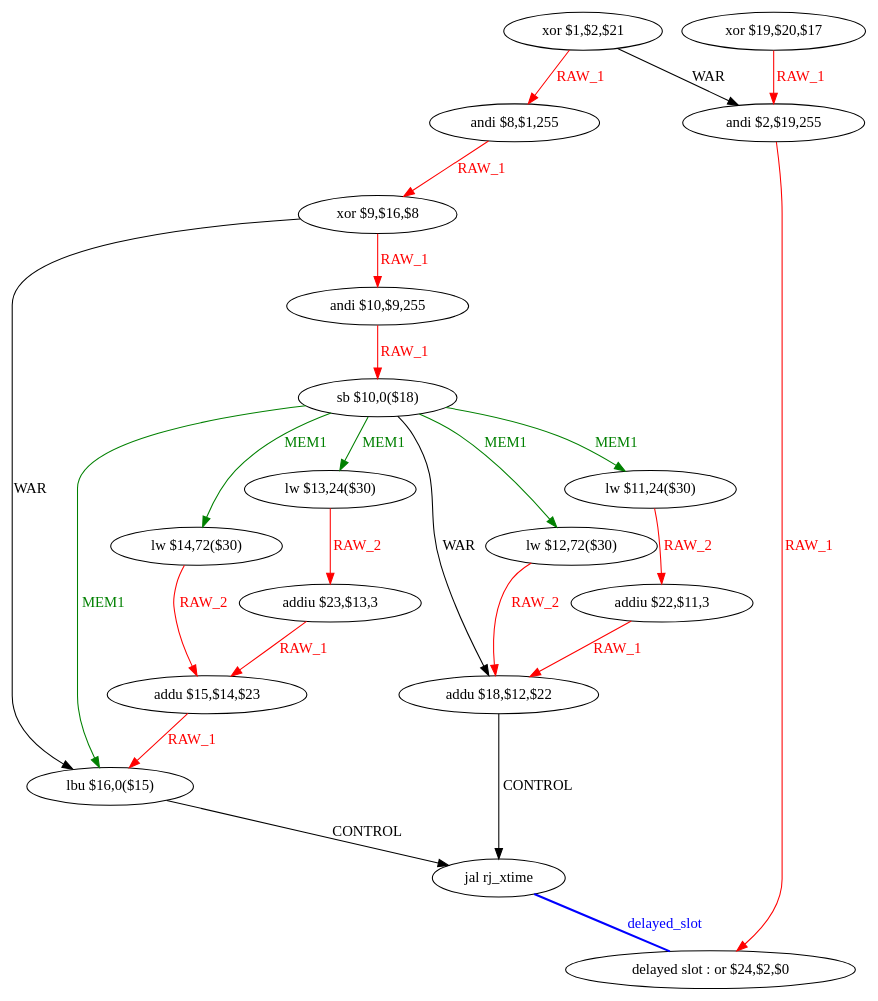
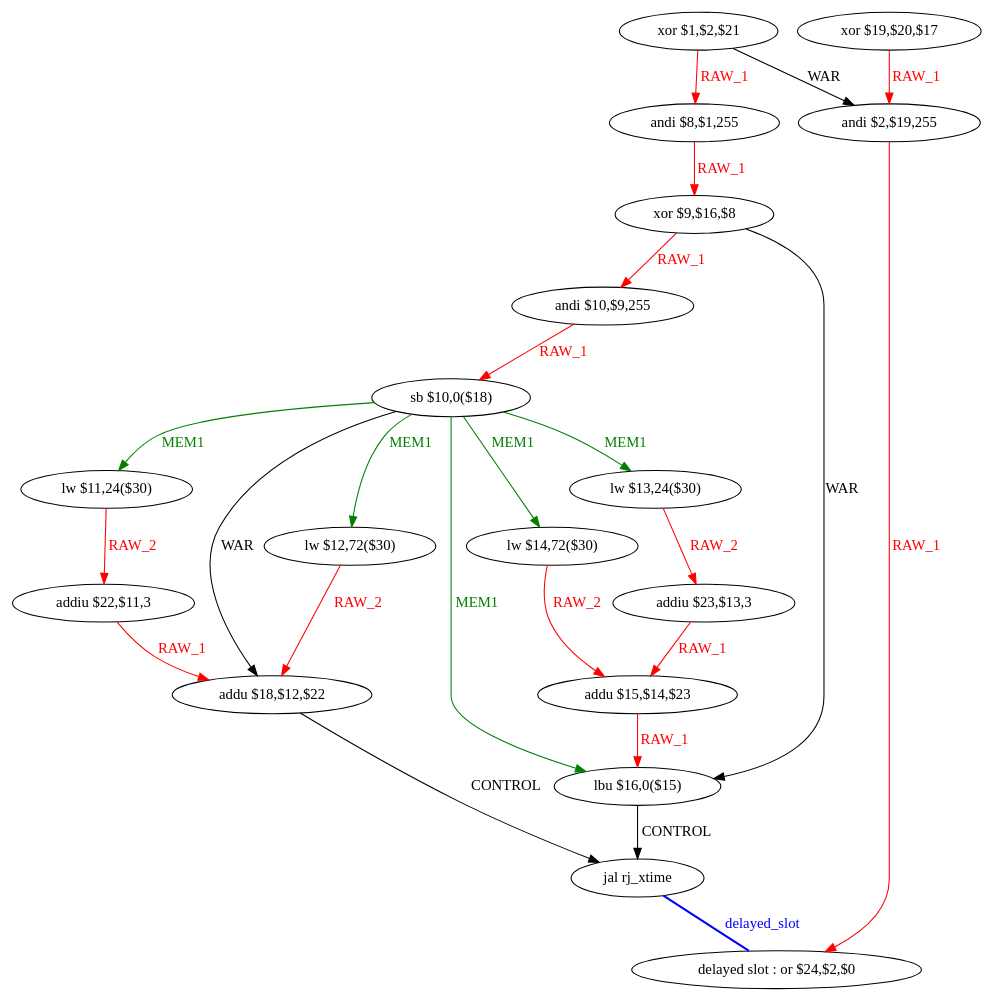
One commit to lisuxue/CA changed the diagram in CoursCA/CodeEtudiant2019/CodeEtudiant/tmp/aes_O0_func_7_dfg_bb4_renamed.dot. Above: the diagram before and after it, drawn with Graphviz. The commit also changed other lines of this file and 169 other files, not shown here.

```diff
--- a/CoursCA/CodeEtudiant2019/CodeEtudiant/tmp/aes_O0_func_7_dfg_bb4_renamed.dot
+++ b/CoursCA/CodeEtudiant2019/CodeEtudiant/tmp/aes_O0_func_7_dfg_bb4_renamed.dot
@@ -1,45 +1,45 @@
 digraph G1 {
 node [shape = ellipse];
 i17 [label = " delayed slot : or $24,$2,$0"] ;
 i16 ->  i17 [style = bold, dir= none, fontcolor = blue, color = blue, label= "delayed_slot"];
 i16 [label = "jal rj_xtime"] ;
 i0 [label = "xor $1,$2,$21"] ;
+i0 ->  i15 [label= "WAR"];
 i0 ->  i1 [color = red, fontcolor = red, label= "RAW_1"];
-i0 ->  i15 [label= "WAR"];
+i15 [label = "andi $2,$19,255"] ;
+i15 ->  i17 [color = red, fontcolor = red, label= "RAW_1"];
 i1 [label = "andi $8,$1,255"] ;
 i1 ->  i2 [color = red, fontcolor = red, label= "RAW_1"];
 i2 [label = "xor $9,$16,$8"] ;
+i2 ->  i13 [label= "WAR"];
 i2 ->  i3 [color = red, fontcolor = red, label= "RAW_1"];
-i2 ->  i13 [label= "WAR"];
+i13 [label = "lbu $16,0($15)"] ;
+i13 ->  i16 [label= "CONTROL"];
 i3 [label = "andi $10,$9,255"] ;
 i3 ->  i4 [color = red, fontcolor = red, label= "RAW_1"];
 i4 [label = "sb $10,0($18)"] ;
+i4 ->  i13 [color = green, fontcolor = green, label= "MEM1"];
+i4 ->  i11 [color = green, fontcolor = green, label= "MEM1"];
+i4 ->  i9 [color = green, fontcolor = green, label= "MEM1"];
+i4 ->  i8 [label= "WAR"];
+i4 ->  i7 [color = green, fontcolor = green, label= "MEM1"];
 i4 ->  i5 [color = green, fontcolor = green, label= "MEM1"];
-i4 ->  i7 [color = green, fontcolor = green, label= "MEM1"];
-i4 ->  i8 [label= "WAR"];
-i4 ->  i9 [color = green, fontcolor = green, label= "MEM1"];
-i4 ->  i11 [color = green, fontcolor = green, label= "MEM1"];
-i4 ->  i13 [color = green, fontcolor = green, label= "MEM1"];
+i11 [label = "lw $14,72($30)"] ;
+i11 ->  i12 [color = red, fontcolor = red, label= "RAW_2"];
+i12 [label = "addu $15,$14,$23"] ;
+i12 ->  i13 [color = red, fontcolor = red, label= "RAW_1"];
+i9 [label = "lw $13,24($30)"] ;
+i9 ->  i10 [color = red, fontcolor = red, label= "RAW_2"];
+i10 [label = "addiu $23,$13,3"] ;
+i10 ->  i12 [color = red, fontcolor = red, label= "RAW_1"];
+i8 [label = "addu $18,$12,$22"] ;
+i8 ->  i16 [label= "CONTROL"];
+i7 [label = "lw $12,72($30)"] ;
+i7 ->  i8 [color = red, fontcolor = red, label= "RAW_2"];
 i5 [label = "lw $11,24($30)"] ;
 i5 ->  i6 [color = red, fontcolor = red, label= "RAW_2"];
 i6 [label = "addiu $22,$11,3"] ;
 i6 ->  i8 [color = red, fontcolor = red, label= "RAW_1"];
-i8 [label = "addu $18,$12,$22"] ;
-i8 ->  i16 [label= "CONTROL"];
-i7 [label = "lw $12,72($30)"] ;
-i7 ->  i8 [color = red, fontcolor = red, label= "RAW_2"];
-i9 [label = "lw $13,24($30)"] ;
-i9 ->  i10 [color = red, fontcolor = red, label= "RAW_2"];
-i10 [label = "addiu $23,$13,3"] ;
-i10 ->  i12 [color = red, fontcolor = red, label= "RAW_1"];
-i12 [label = "addu $15,$14,$23"] ;
-i12 ->  i13 [color = red, fontcolor = red, label= "RAW_1"];
-i13 [label = "lbu $16,0($15)"] ;
-i13 ->  i16 [label= "CONTROL"];
-i11 [label = "lw $14,72($30)"] ;
-i11 ->  i12 [color = red, fontcolor = red, label= "RAW_2"];
-i15 [label = "andi $2,$19,255"] ;
-i15 ->  i17 [color = red, fontcolor = red, label= "RAW_1"];
 i14 [label = "xor $19,$20,$17"] ;
 i14 ->  i15 [color = red, fontcolor = red, label= "RAW_1"];
 }
```
